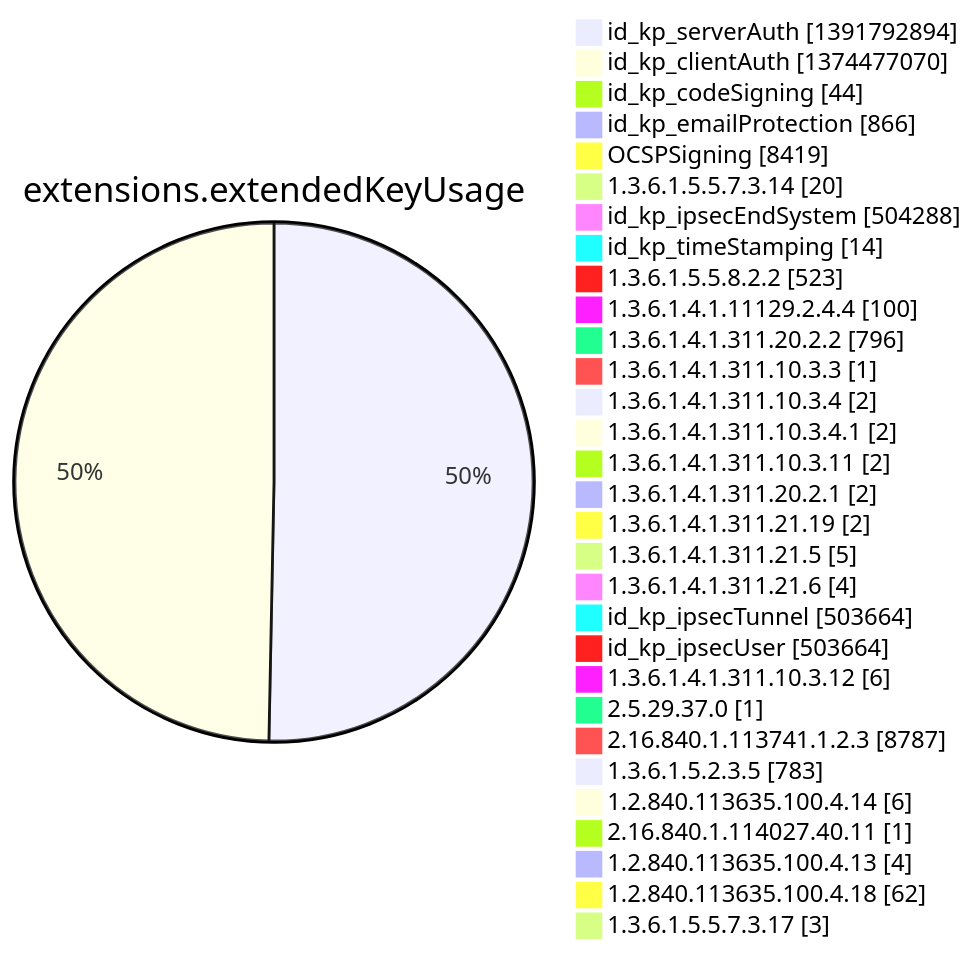
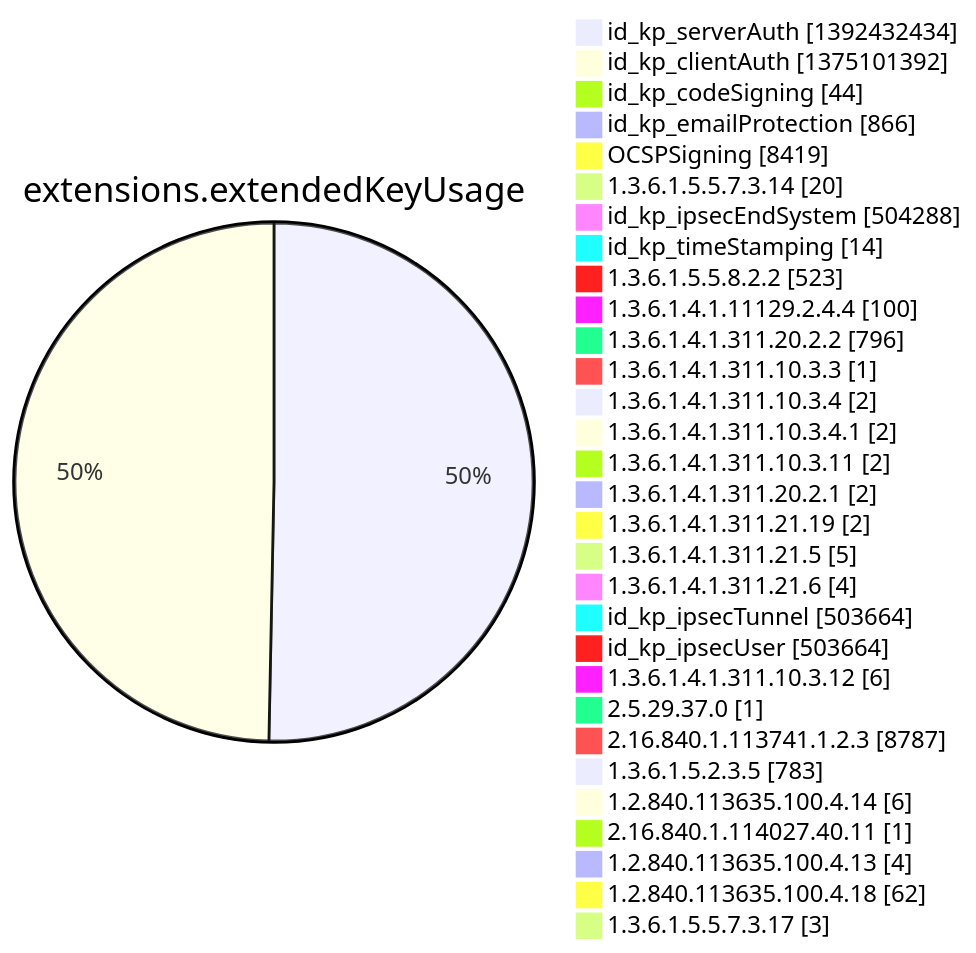
Before and after one commit to christiankrug/ctmonitor_visualization: diagram 12 of 15 in argon2022/README.md, drawn with Mermaid. The commit also changed other lines of this file, not shown here.

````diff
--- a/argon2022/README.md
+++ b/argon2022/README.md
@@ -3554,34 +3554,34 @@
 ```mermaid
 pie showData
 title extensions.extendedKeyUsage
-"id_kp_serverAuth" :1391792894
-"id_kp_clientAuth" :1374477070
+"id_kp_serverAuth" :1392432434
+"id_kp_clientAuth" :1375101392
 "id_kp_codeSigning" :44
 "id_kp_emailProtection" :866
 "OCSPSigning" :8419
 "1.3.6.1.5.5.7.3.14" :20
 "id_kp_ipsecEndSystem" :504288
 "id_kp_timeStamping" :14
 "1.3.6.1.5.5.8.2.2" :523
 "1.3.6.1.4.1.11129.2.4.4" :100
 "1.3.6.1.4.1.311.20.2.2" :796
 "1.3.6.1.4.1.311.10.3.3" :1
 "1.3.6.1.4.1.311.10.3.4" :2
 "1.3.6.1.4.1.311.10.3.4.1" :2
 "1.3.6.1.4.1.311.10.3.11" :2
 "1.3.6.1.4.1.311.20.2.1" :2
 "1.3.6.1.4.1.311.21.19" :2
 "1.3.6.1.4.1.311.21.5" :5
 "1.3.6.1.4.1.311.21.6" :4
 "id_kp_ipsecTunnel" :503664
 "id_kp_ipsecUser" :503664
 "1.3.6.1.4.1.311.10.3.12" :6
 "2.5.29.37.0" :1
 "2.16.840.1.113741.1.2.3" :8787
 "1.3.6.1.5.2.3.5" :783
 "1.2.840.113635.100.4.14" :6
 "2.16.840.1.114027.40.11" :1
 "1.2.840.113635.100.4.13" :4
 "1.2.840.113635.100.4.18" :62
 "1.3.6.1.5.5.7.3.17" :3
 ```
````
